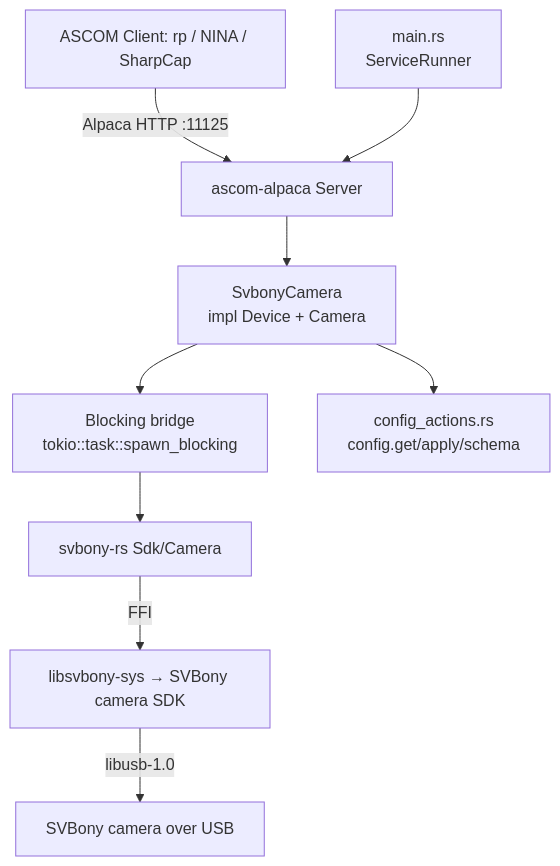
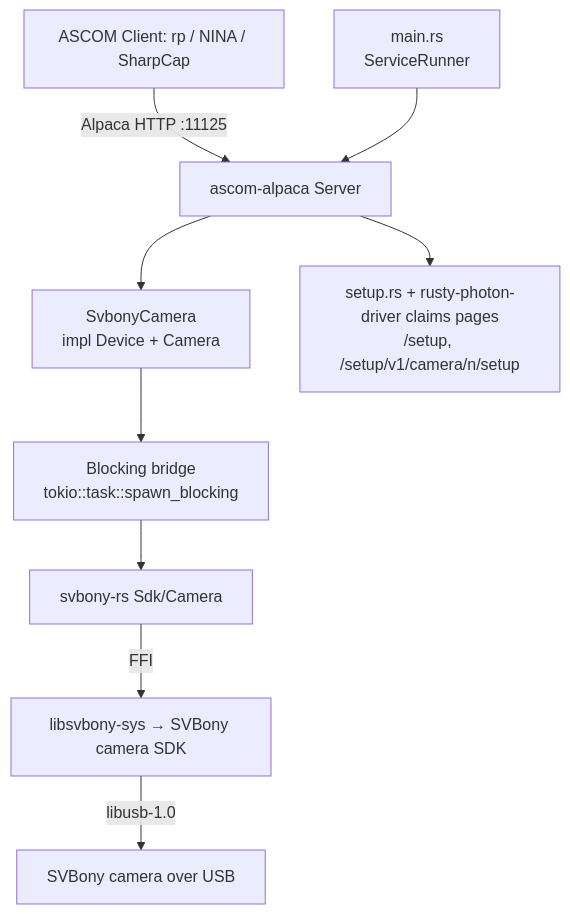
Before and after one commit to rusty-photon/rusty-photon: the diagram in docs/services/svbony-camera.md, drawn with Mermaid. The commit also changed other lines of this file and 35 other files, not shown here.

First line of the commit message:
feat: svbony-camera configures itself on its setup pages, the Cameras section edits usb_devices (setup-pages P3, cameras 1 of 3) (#1613)

````diff
--- a/docs/services/svbony-camera.md
+++ b/docs/services/svbony-camera.md
@@ -560,11 +560,11 @@
 ```mermaid
 graph TD;
     A[ASCOM Client: rp / NINA / SharpCap] -->|Alpaca HTTP :11125| B[ascom-alpaca Server];
     B --> C[SvbonyCamera<br/>impl Device + Camera];
     C --> BB[Blocking bridge<br/>tokio::task::spawn_blocking];
     BB --> RS[svbony-rs Sdk/Camera];
     RS -->|FFI| SDK[libsvbony-sys → SVBony camera SDK];
     SDK -->|libusb-1.0| HW[SVBony camera over USB];
-    C --> CA[config_actions.rs<br/>config.get/apply/schema];
+    B --> SP[setup.rs + rusty-photon-driver claims pages<br/>/setup, /setup/v1/camera/n/setup];
     M[main.rs<br/>ServiceRunner] --> B;
 ```
````
